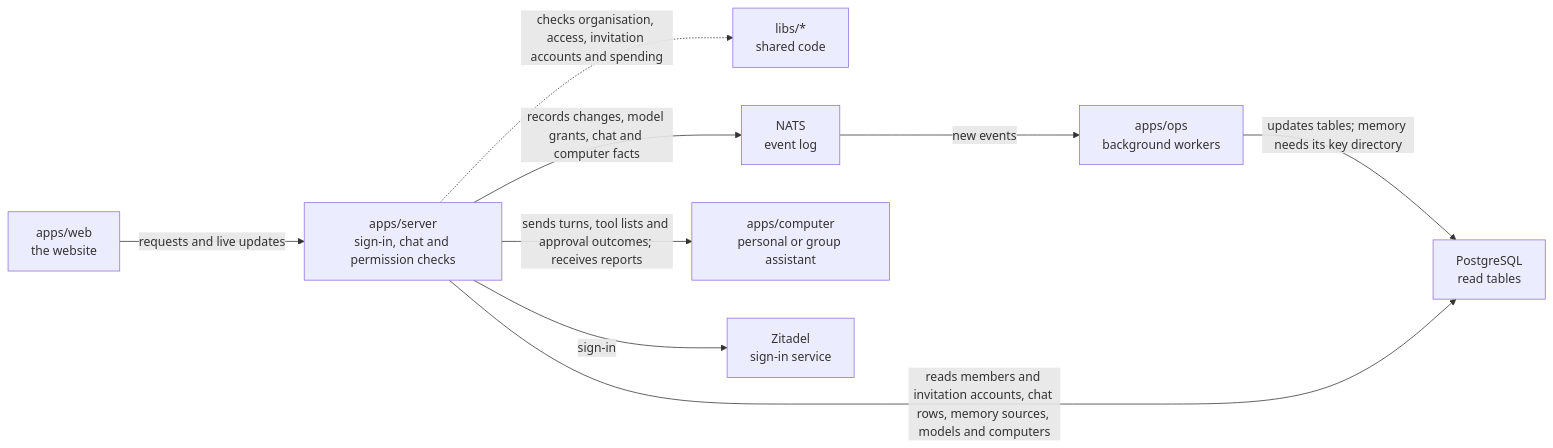
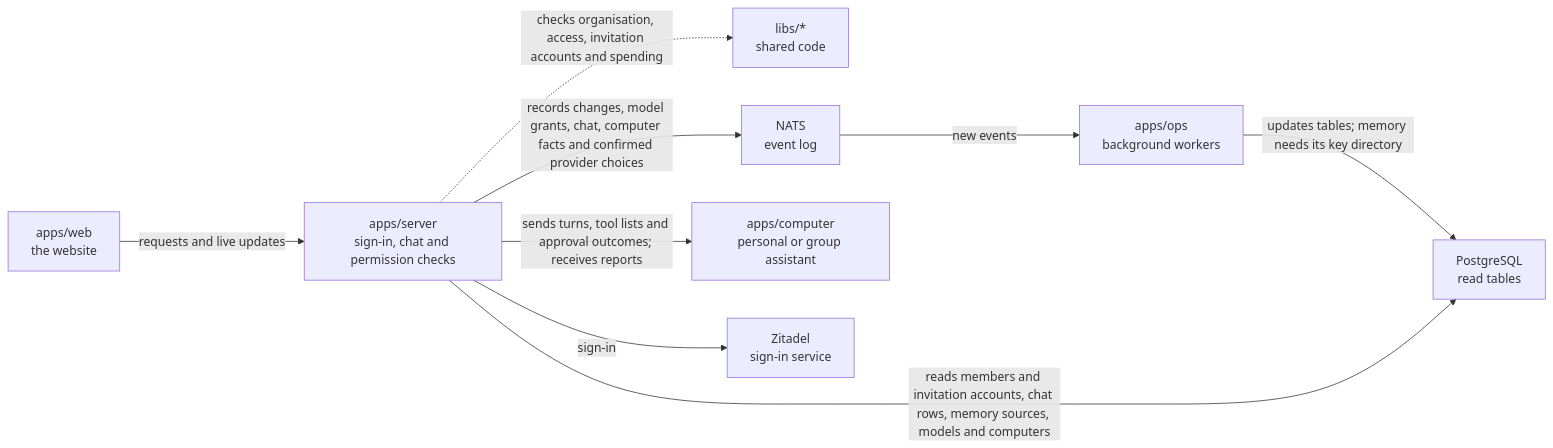
The diagram in apps/server/README.md (elewa-git/opencrane-new), drawn with Mermaid before and after one commit. The commit also changed other lines of this file and 28 other files, not shown here.

First line of the commit message:
🔌 Owners and admins choose which verified provider each model uses, with safe defaults and clear receipts (#294) (#294)

````diff
--- a/apps/server/README.md
+++ b/apps/server/README.md
@@ -11,11 +11,11 @@
 ```mermaid
 flowchart LR
   web["apps/web<br/>the website"] -->|requests and live updates| server["apps/server<br/>sign-in, chat and permission checks"]
   server -.->|checks organisation, access, invitation accounts and spending| libs["libs/*<br/>shared code"]
-  server -->|records changes, model grants, chat and computer facts| nats["NATS<br/>event log"]
+  server -->|records changes, model grants, chat, computer facts and confirmed provider choices| nats["NATS<br/>event log"]
   nats -->|new events| ops["apps/ops<br/>background workers"]
   ops -->|updates tables; memory needs its key directory| postgres["PostgreSQL<br/>read tables"]
   server -->|reads members and invitation accounts, chat rows, memory sources, models and computers| postgres
   server -->|sends turns, tool lists and approval outcomes; receives reports| computer["apps/computer<br/>personal or group assistant"]
   server -->|sign-in| zitadel["Zitadel<br/>sign-in service"]
 ```
````
